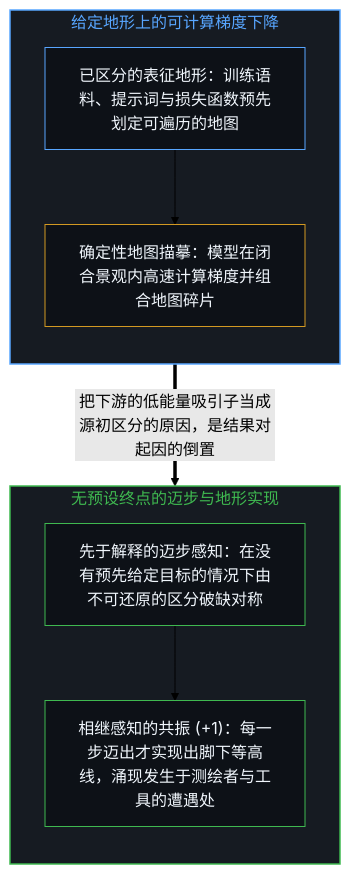
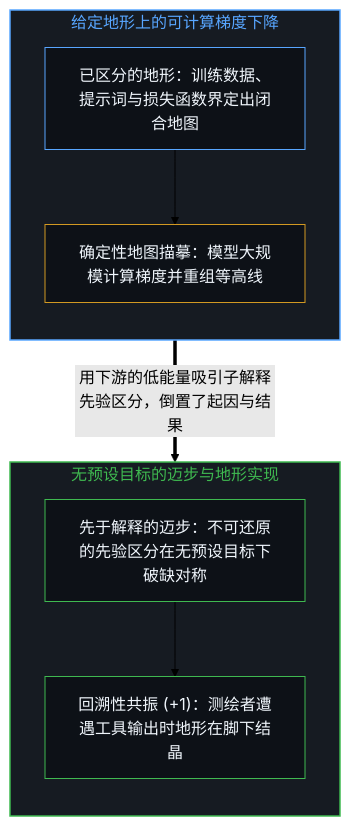
The first of 2 diagrams in content/posts/the-descent-that-doesnt-know-where-its-going.md (powerpig99/not-a-toe), drawn with Mermaid (forest theme) before and after one commit. The commit also changed other lines of this file and 9 other files, not shown here.

````diff
--- a/content/posts/the-descent-that-doesnt-know-where-its-going.md
+++ b/content/posts/the-descent-that-doesnt-know-where-its-going.md
@@ -17,22 +17,22 @@
 ```mermaid
 flowchart TD
     subgraph S_Trace["给定地形上的可计算梯度下降"]
         direction TB
-        Given["已区分的表征地形：训练语料、提示词与损失函数预先划定可遍历的地图"]
-        Compute["确定性地图描摹：模型在闭合景观内高速计算梯度并组合地图碎片"]
+        Given["已区分的地形：训练数据、提示词与损失函数界定出闭合地图"]
+        Compute["确定性地图描摹：模型大规模计算梯度并重组等高线"]
         Given --> Compute
     end
-    subgraph S_Realize["无预设终点的迈步与地形实现"]
+    subgraph S_Realize["无预设目标的迈步与地形实现"]
         direction TB
-        Step["先于解释的迈步感知：在没有预先给定目标的情况下由不可还原的区分破缺对称"]
-        Resonate["相继感知的共振 (+1)：每一步迈出才实现出脚下等高线，涌现发生于测绘者与工具的遭遇处"]
+        Step["先于解释的迈步：不可还原的先验区分在无预设目标下破缺对称"]
+        Resonate["回溯性共振 (+1)：测绘者遭遇工具输出时地形在脚下结晶"]
         Step --> Resonate
     end
-    Compute ==>|"把下游的低能量吸引子当成源初区分的原因，是结果对起因的倒置"| Step
+    Compute ==>|"用下游的低能量吸引子解释先验区分，倒置了起因与结果"| Step
     style S_Trace fill:#161b22,stroke:#58a6ff,stroke-width:1.5px,color:#58a6ff
     style S_Realize fill:#161b22,stroke:#3fb950,stroke-width:1.5px,color:#3fb950
     style Given fill:#0d1117,stroke:#58a6ff,stroke-width:1px,color:#f0f6fc
     style Compute fill:#0d1117,stroke:#d29922,stroke-width:1px,color:#f0f6fc
     style Step fill:#0d1117,stroke:#3fb950,stroke-width:1px,color:#f0f6fc
     style Resonate fill:#0d1117,stroke:#3fb950,stroke-width:1px,color:#f0f6fc
 ```
````
